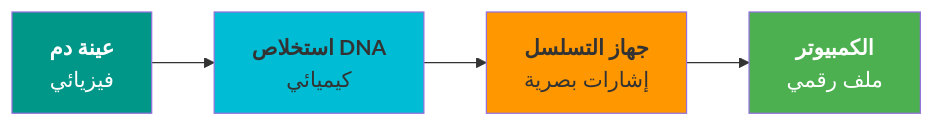
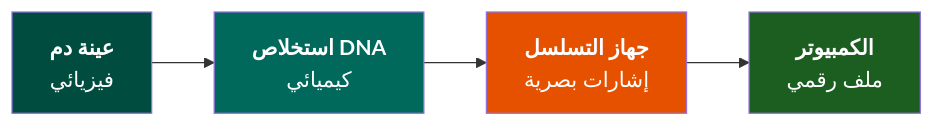
Before and after one commit to alarawms/site: the second of 3 diagrams in docs/courses/foundation-of-bioinformatics/module-1.md, drawn with Mermaid. The commit also changed other lines of this file, not shown here.

First line of the commit message:
Module 1: Redesign physical reality diagram and use dark colors

````diff
--- a/docs/courses/foundation-of-bioinformatics/module-1.md
+++ b/docs/courses/foundation-of-bioinformatics/module-1.md
@@ -61,11 +68,11 @@
     ```mermaid
     graph LR
         A["<b>عينة دم</b><br/>فيزيائي"] --> B["<b>استخلاص DNA</b><br/>كيميائي"]
         B --> C["<b>جهاز التسلسل</b><br/>إشارات بصرية"]
         C --> D["<b>الكمبيوتر</b><br/>ملف رقمي"]
 
-        style A fill:#009688,color:#fff,font-size:17px
-        style B fill:#00BCD4,font-size:17px
-        style C fill:#FF9800,font-size:17px
-        style D fill:#4CAF50,color:#fff,font-size:17px
+        style A fill:#004D40,color:#fff,font-size:17px
+        style B fill:#00695C,color:#fff,font-size:17px
+        style C fill:#E65100,color:#fff,font-size:17px
+        style D fill:#1B5E20,color:#fff,font-size:17px
     ```
````
